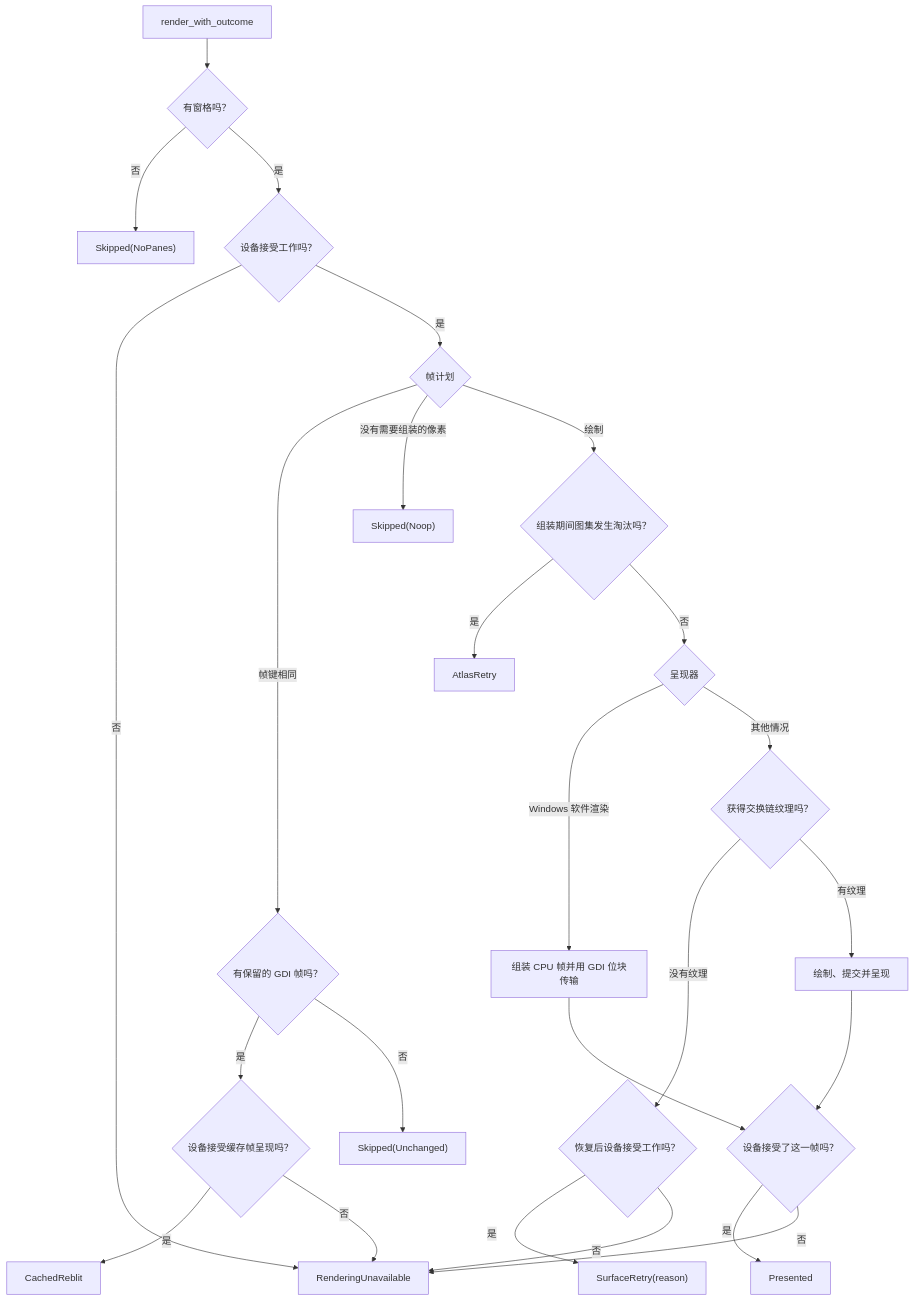
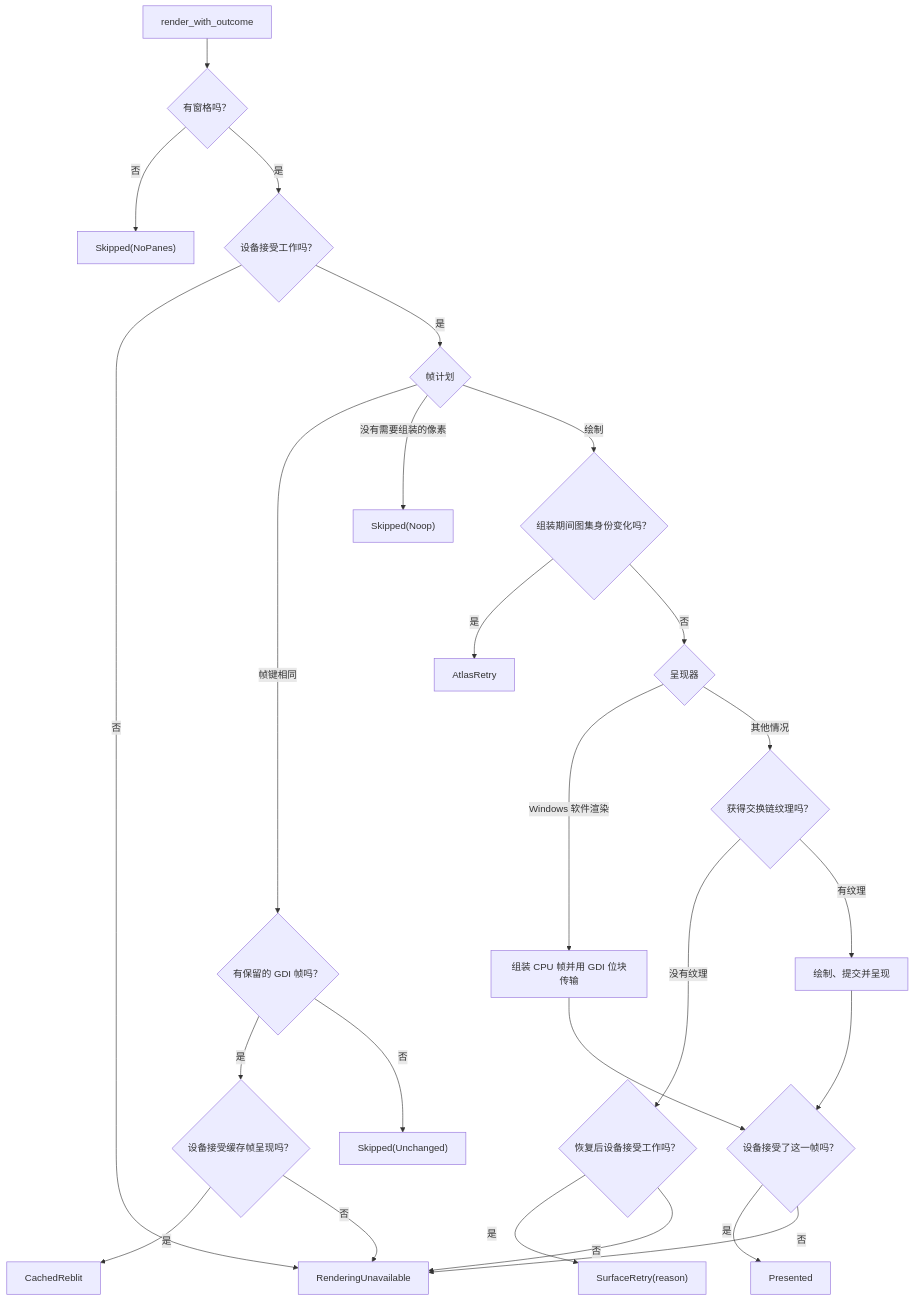
Before and after one commit to D0n9X1n/SonicTerm: the third of 3 diagrams in wiki/Rendering-and-Fonts-zh-CN.md, drawn with Mermaid. The commit also changed other lines of this file and 23 other files, not shown here.

````diff
--- a/wiki/Rendering-and-Fonts-zh-CN.md
+++ b/wiki/Rendering-and-Fonts-zh-CN.md
@@ -436,27 +458,27 @@
 ```mermaid
 flowchart TD
     start["render_with_outcome"] --> panes{"有窗格吗？"}
     panes -->|否| noPanes["Skipped(NoPanes)"]
     panes -->|是| gate{"设备接受工作吗？"}
     gate -->|否| unavailable["RenderingUnavailable"]
     gate -->|是| plan{"帧计划"}
     plan -->|帧键相同| unchangedPlan{"有保留的 GDI 帧吗？"}
     unchangedPlan -->|是| reblitGate{"设备接受缓存帧呈现吗？"}
     reblitGate -->|是| reblit["CachedReblit"]
     reblitGate -->|否| unavailable
     unchangedPlan -->|否| skipUnchanged["Skipped(Unchanged)"]
     plan -->|没有需要组装的像素| skipNoop["Skipped(Noop)"]
-    plan -->|绘制| evicted{"组装期间图集发生淘汰吗？"}
+    plan -->|绘制| evicted{"组装期间图集身份变化吗？"}
     evicted -->|是| atlasRetry["AtlasRetry"]
     evicted -->|否| presenter{"呈现器"}
     presenter -->|Windows 软件渲染| gdi["组装 CPU 帧并用 GDI 位块传输"]
     presenter -->|其他情况| acquire{"获得交换链纹理吗？"}
     acquire -->|没有纹理| recovered{"恢复后设备接受工作吗？"}
     recovered -->|是| surfaceRetry["SurfaceRetry(reason)"]
     recovered -->|否| unavailable
     acquire -->|有纹理| wgpuPresent["绘制、提交并呈现"]
     gdi --> kept{"设备接受了这一帧吗？"}
     wgpuPresent --> kept
     kept -->|是| presented["Presented"]
     kept -->|否| unavailable
 ```
````
